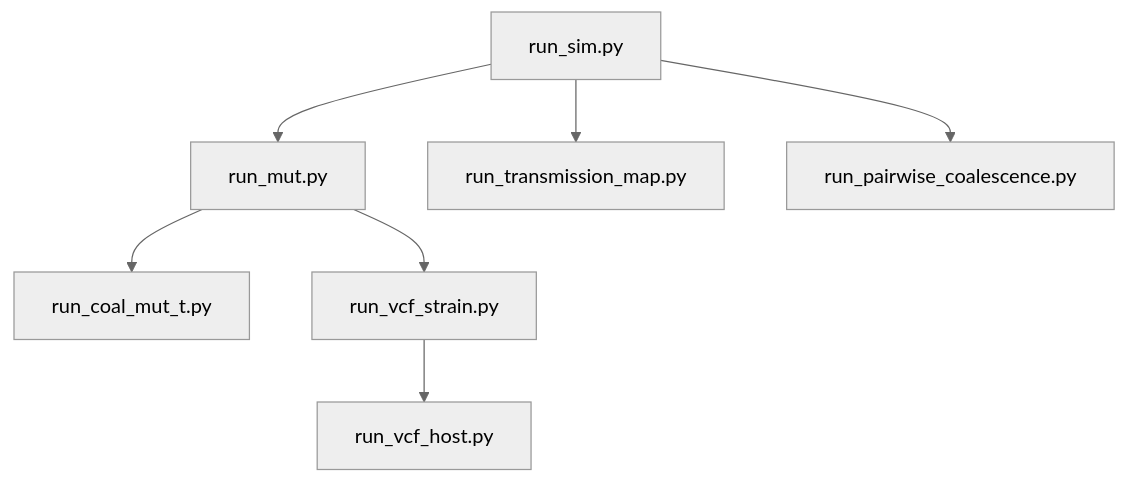
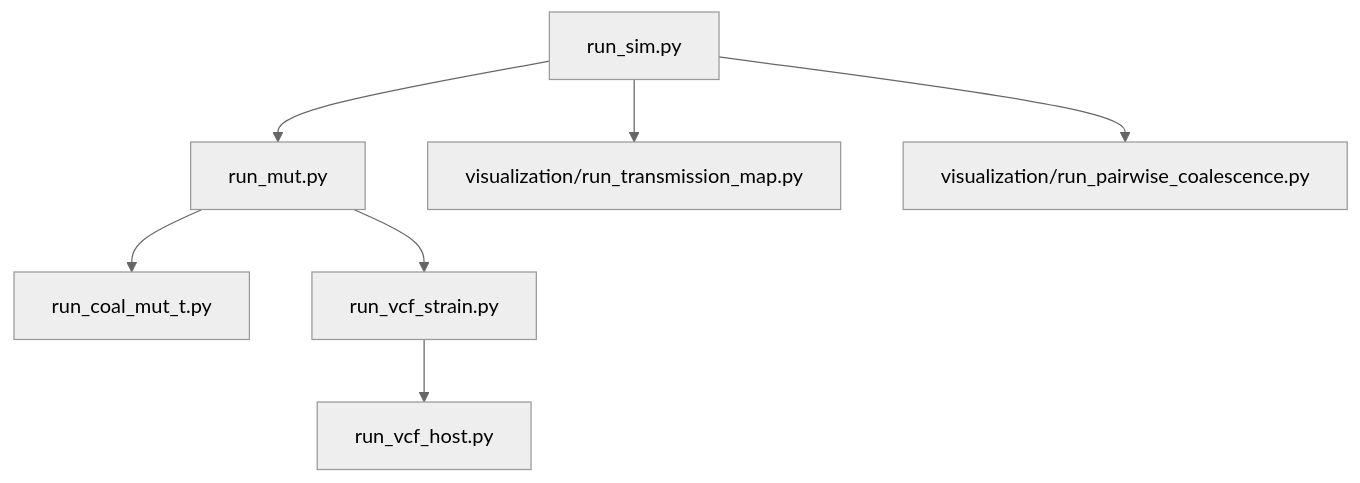
The diagram in README.md (mrc-ide/KR_simulator), drawn with Mermaid (neutral theme) before and after one commit. The commit also changed other lines of this file and 33 other files, not shown here.

````diff
--- a/README.md
+++ b/README.md
@@ -43,17 +43,17 @@
 ```mermaid
 graph TD
     sim["run_sim.py"]
     mut["run_mut.py"]
-    tmap["run_transmission_map.py"]
-    pairwise["run_pairwise_coalescence.py"]
+    tmap["visualization/run_transmission_map.py"]
+    pairwise["visualization/run_pairwise_coalescence.py"]
     coal["run_coal_mut_t.py"]
     vcfs["run_vcf_strain.py"]
     vcfh["run_vcf_host.py"]
 
     sim --> mut
     sim --> tmap
     sim --> pairwise
     mut --> coal
     mut --> vcfs
     vcfs --> vcfh
 ```
````
